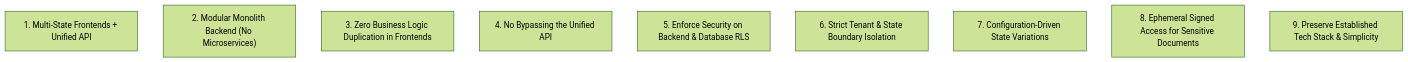
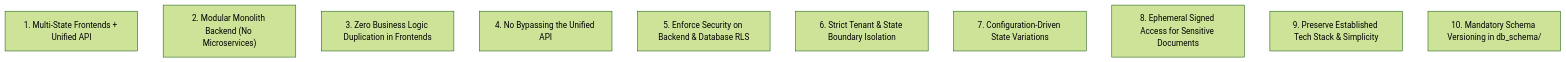
One commit to jico19/Crystal changed the second of 3 diagrams in docs/agents.md. Above: the diagram before and after it, drawn with Mermaid (forest theme). The commit also changed other lines of this file and 58 other files, not shown here.

````diff
--- a/docs/agents.md
+++ b/docs/agents.md
@@ -137,12 +137,13 @@
 ```mermaid
 graph TD
     Rule1["1. Multi-State Frontends + Unified API"]
     Rule2["2. Modular Monolith Backend (No Microservices)"]
     Rule3["3. Zero Business Logic Duplication in Frontends"]
     Rule4["4. No Bypassing the Unified API"]
     Rule5["5. Enforce Security on Backend & Database RLS"]
     Rule6["6. Strict Tenant & State Boundary Isolation"]
     Rule7["7. Configuration-Driven State Variations"]
     Rule8["8. Ephemeral Signed Access for Sensitive Documents"]
     Rule9["9. Preserve Established Tech Stack & Simplicity"]
+    Rule10["10. Mandatory Schema Versioning in db_schema/"]
 ```
````
